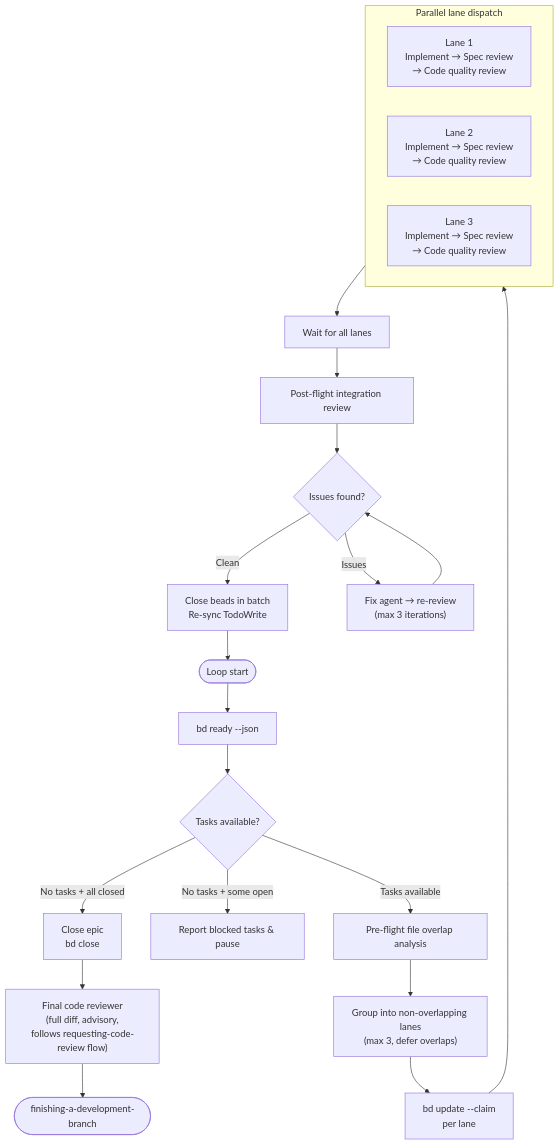
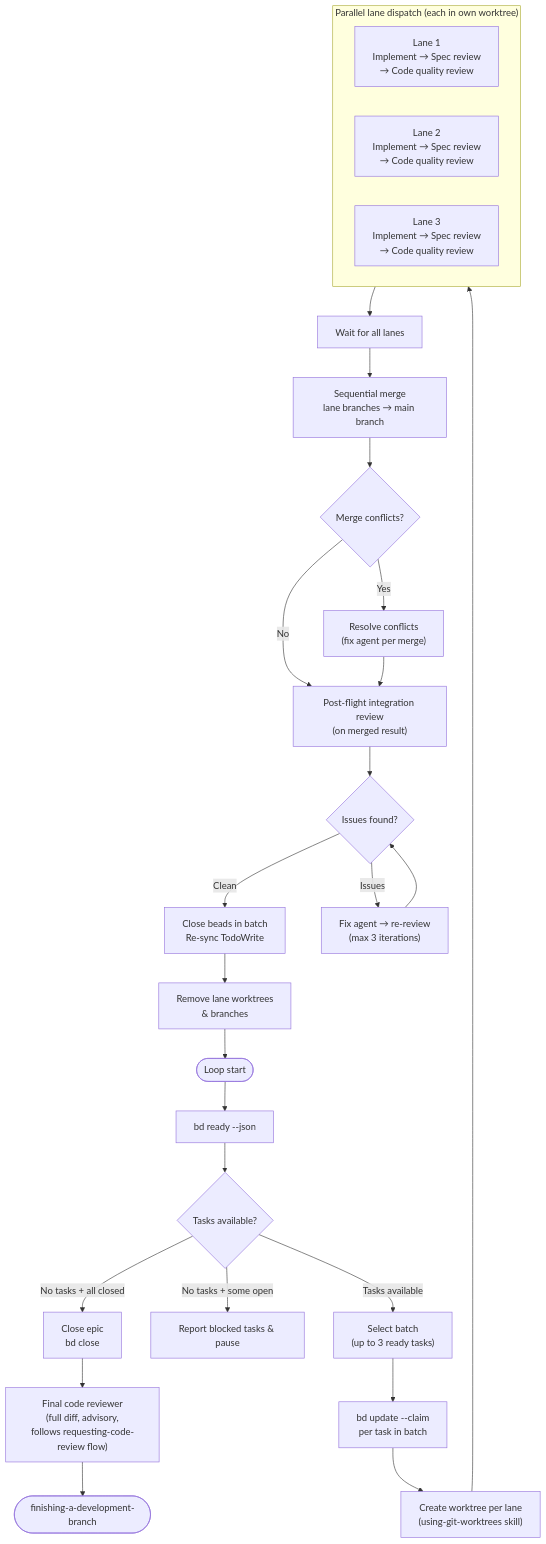
Before and after one commit to collectiveai-team/opencode-super-beads: the first of 3 diagrams in docs/superpowers/specs/2026-03-23-dispatch-parallel-bead-agents-design.md, drawn with Mermaid. The commit also changed other lines of this file, not shown here.

Commit message:
Redesign: worktree isolation per lane, drop pre-flight overlap analysis, add sequential merge step

````diff
--- a/docs/superpowers/specs/2026-03-23-dispatch-parallel-bead-agents-design.md
+++ b/docs/superpowers/specs/2026-03-23-dispatch-parallel-bead-agents-design.md
@@ -21,30 +24,36 @@
 ```mermaid
 flowchart TD
     START([Loop start]) --> READY["bd ready --json"]
     READY --> CHECK{Tasks available?}
     CHECK -->|No tasks + all closed| COMPLETION
     CHECK -->|No tasks + some open| BLOCKED["Report blocked tasks & pause"]
-    CHECK -->|Tasks available| PREFLIGHT
+    CHECK -->|Tasks available| SELECT["Select batch\n(up to 3 ready tasks)"]
 
-    PREFLIGHT["Pre-flight file overlap analysis"] --> GROUP["Group into non-overlapping lanes\n(max 3, defer overlaps)"]
-    GROUP --> CLAIM["bd update <id> --claim\nper lane"]
-    CLAIM --> PARALLEL
+    SELECT --> CLAIM["bd update <id> --claim\nper task in batch"]
+    CLAIM --> WORKTREES["Create worktree per lane\n(using-git-worktrees skill)"]
+    WORKTREES --> PARALLEL
 
-    subgraph PARALLEL ["Parallel lane dispatch"]
+    subgraph PARALLEL ["Parallel lane dispatch (each in own worktree)"]
         direction LR
         LANE1["Lane 1\nImplement → Spec review\n→ Code quality review"]
         LANE2["Lane 2\nImplement → Spec review\n→ Code quality review"]
         LANE3["Lane 3\nImplement → Spec review\n→ Code quality review"]
     end
 
     PARALLEL --> WAIT["Wait for all lanes"]
-    WAIT --> INTEGRATION["Post-flight integration review"]
+    WAIT --> MERGE["Sequential merge\nlane branches → main branch"]
+    MERGE --> CONFLICT{Merge conflicts?}
+    CONFLICT -->|No| INTEGRATION["Post-flight integration review\n(on merged result)"]
+    CONFLICT -->|Yes| RESOLVE["Resolve conflicts\n(fix agent per merge)"]
+    RESOLVE --> INTEGRATION
+
     INTEGRATION --> INTCHECK{Issues found?}
     INTCHECK -->|Clean| CLOSE["Close beads in batch\nRe-sync TodoWrite"]
     INTCHECK -->|Issues| FIX["Fix agent → re-review\n(max 3 iterations)"]
     FIX --> INTCHECK
-    CLOSE --> START
+    CLOSE --> CLEANUP["Remove lane worktrees\n& branches"]
+    CLEANUP --> START
 
     COMPLETION["Close epic\nbd close <epic-id>"] --> FINALREVIEW["Final code reviewer\n(full diff, advisory,\nfollows requesting-code-review flow)"]
     FINALREVIEW --> FINISH([finishing-a-development-branch])
 ```
````
